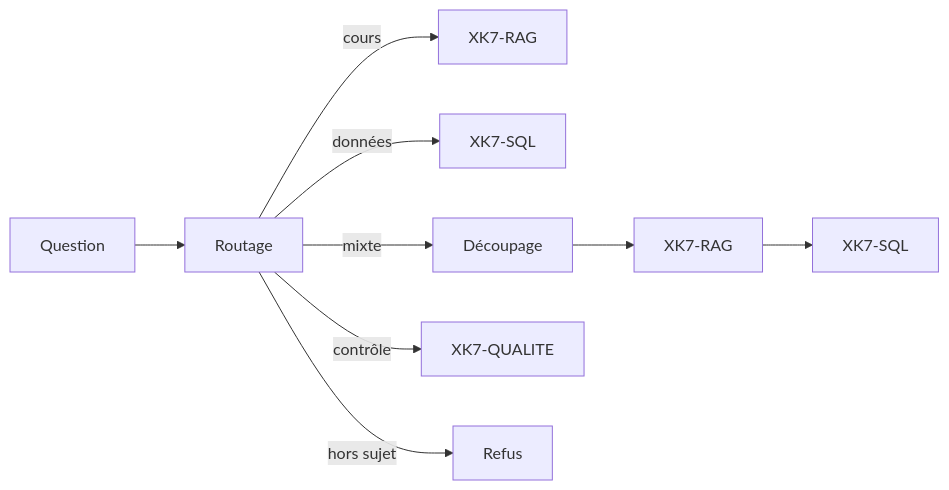
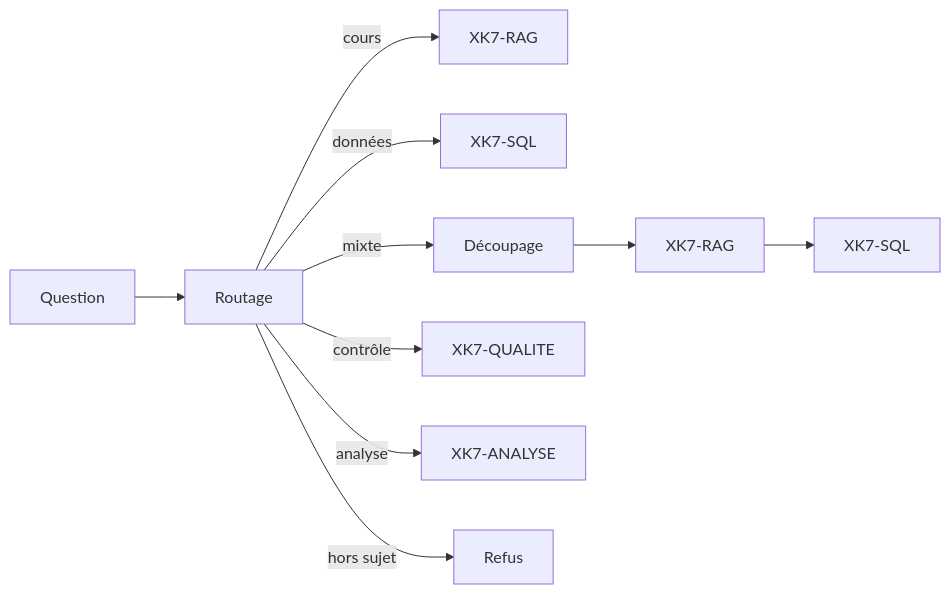
One commit to Cafew-Carnaval/XK7-RAG changed the first of 2 diagrams in README.md. Above: the diagram before and after it, drawn with Mermaid. The commit also changed other lines of this file and 7 other files, not shown here.

Commit message:
XK7-ANALYSE : analyses avec graphique, routeur 61/61

````diff
--- a/README.md
+++ b/README.md
@@ -31,10 +31,11 @@
 ```mermaid
 flowchart LR
     Q[Question] --> R[Routage]
     R -->|cours| RAG[XK7-RAG]
     R -->|données| SQL[XK7-SQL]
     R -->|mixte| S[Découpage]
     S --> RAG2[XK7-RAG] --> SQL2[XK7-SQL]
     R -->|contrôle| QUAL[XK7-QUALITE]
+    R -->|analyse| AN[XK7-ANALYSE]
     R -->|hors sujet| H[Refus]
 ```
````
